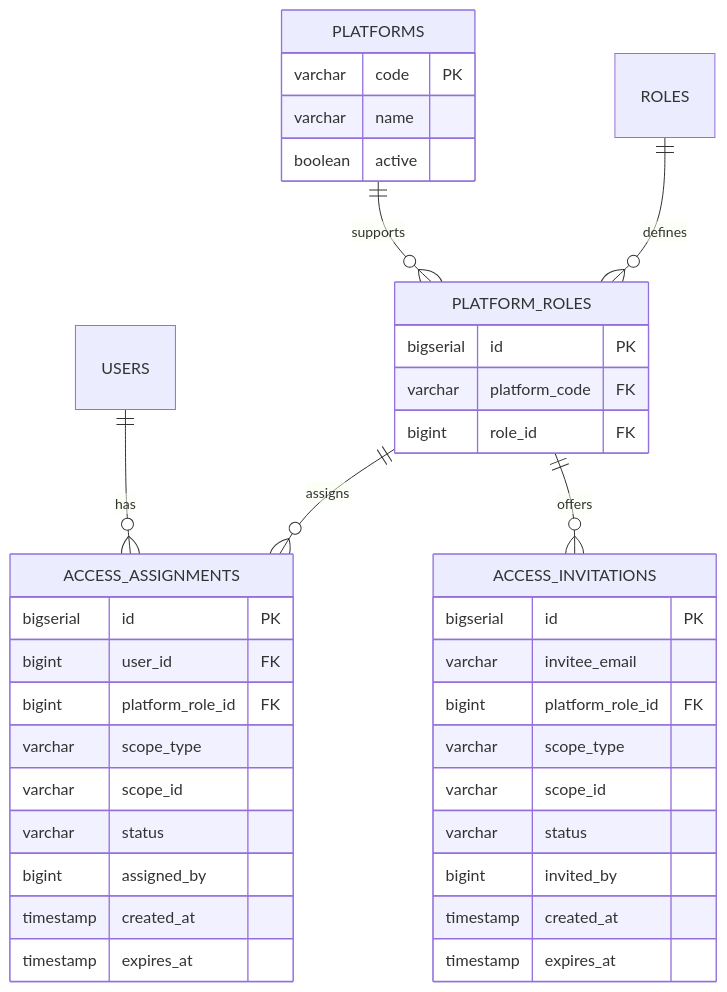
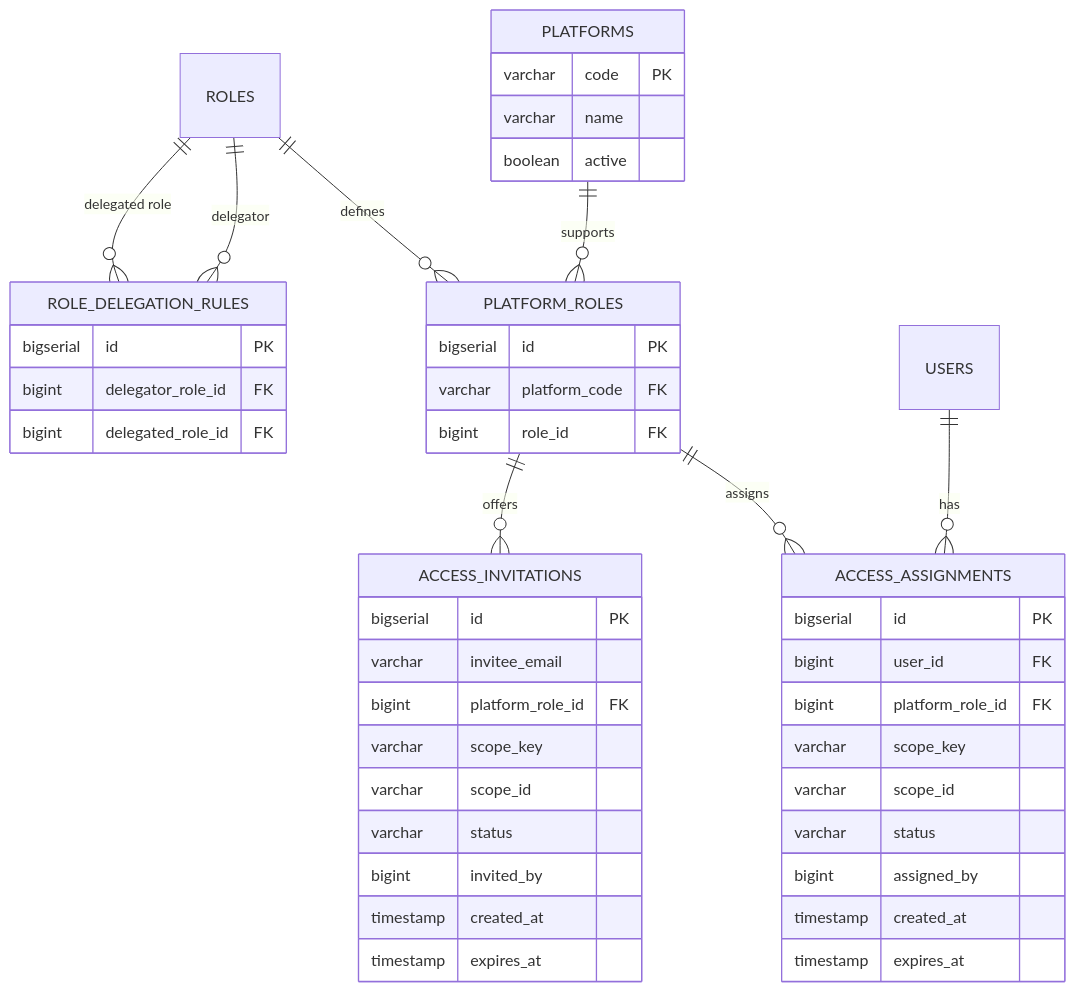
One commit to khinemyaezin/grab changed the second of 3 diagrams in docs/identity/architecture/DRG-003_platform-scopes-domain-aggregates.md. Above: the diagram before and after it, drawn with Mermaid. The commit also changed other lines of this file and 93 other files, not shown here.

Commit message:
feat: implement extensible access scopes and role delegation policies with database migration

````diff
--- a/docs/identity/architecture/DRG-003_platform-scopes-domain-aggregates.md
+++ b/docs/identity/architecture/DRG-003_platform-scopes-domain-aggregates.md
@@ -110,44 +116,52 @@
 ```mermaid
 erDiagram
     PLATFORMS {
         varchar code PK
         varchar name
         boolean active
     }
 
     PLATFORM_ROLES {
         bigserial id PK
         varchar platform_code FK
         bigint role_id FK
     }
 
     ACCESS_ASSIGNMENTS {
         bigserial id PK
         bigint user_id FK
         bigint platform_role_id FK
-        varchar scope_type
+        varchar scope_key
         varchar scope_id
         varchar status
         bigint assigned_by
         timestamp created_at
         timestamp expires_at
     }
 
     ACCESS_INVITATIONS {
         bigserial id PK
         varchar invitee_email
         bigint platform_role_id FK
-        varchar scope_type
+        varchar scope_key
         varchar scope_id
         varchar status
         bigint invited_by
         timestamp created_at
         timestamp expires_at
     }
 
+    ROLE_DELEGATION_RULES {
+        bigserial id PK
+        bigint delegator_role_id FK
+        bigint delegated_role_id FK
+    }
+
     PLATFORMS ||--o{ PLATFORM_ROLES : "supports"
     ROLES ||--o{ PLATFORM_ROLES : "defines"
+    ROLES ||--o{ ROLE_DELEGATION_RULES : "delegator"
+    ROLES ||--o{ ROLE_DELEGATION_RULES : "delegated role"
     USERS ||--o{ ACCESS_ASSIGNMENTS : "has"
     PLATFORM_ROLES ||--o{ ACCESS_ASSIGNMENTS : "assigns"
     PLATFORM_ROLES ||--o{ ACCESS_INVITATIONS : "offers"
 ```
````
